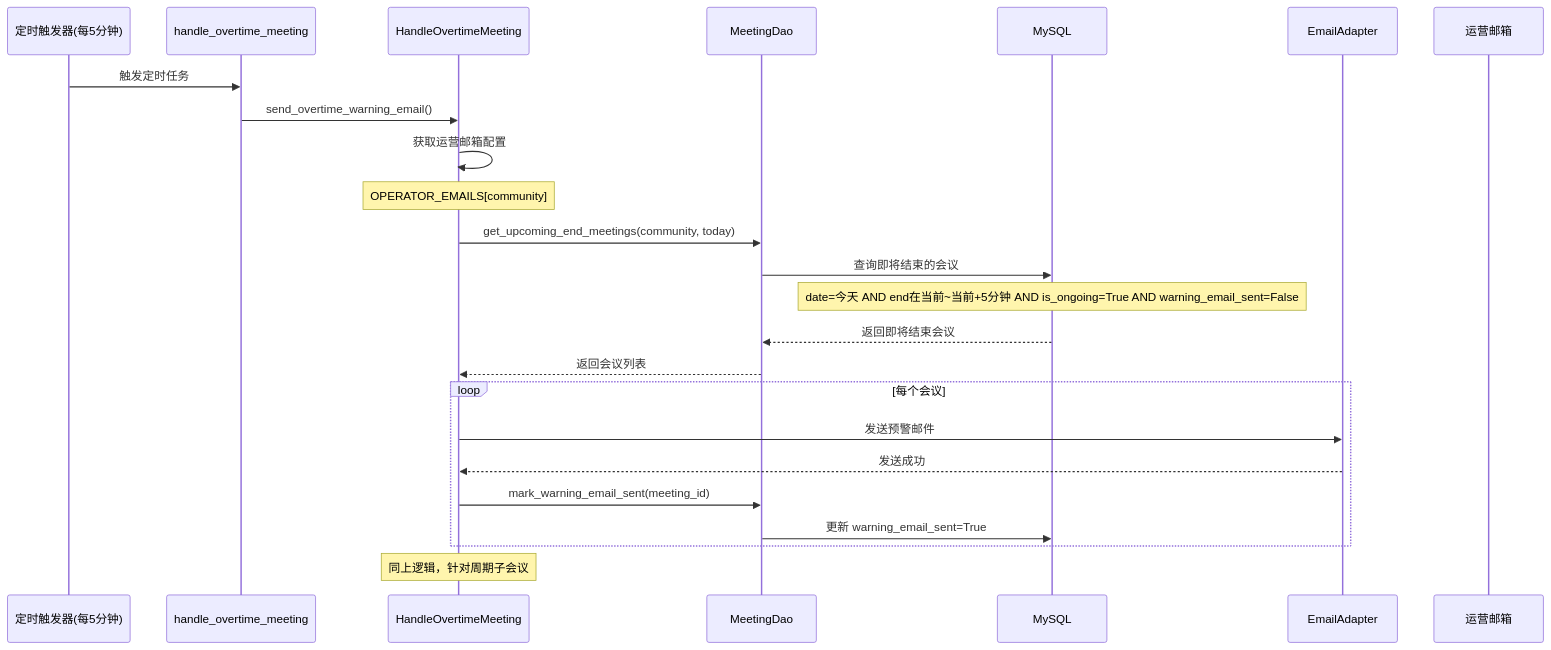
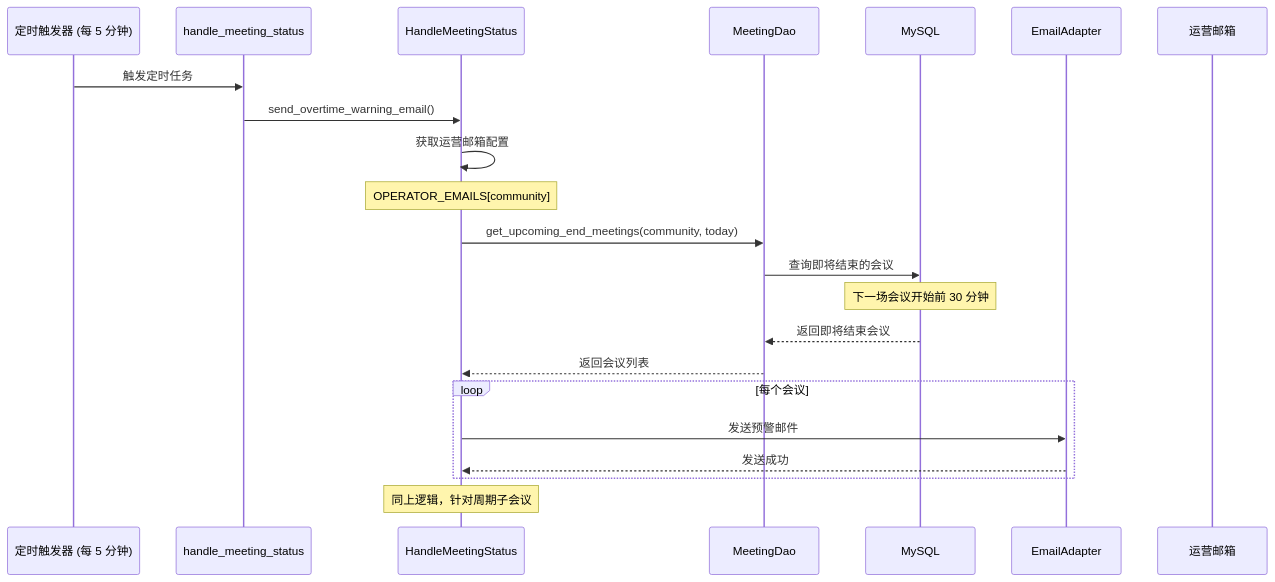
The fourth of 5 diagrams in opensourceways/issue_docs/100/Architecture Design/#100 Architecture Design Specification.md (GeorgeCao-hw/backlog-test), drawn with Mermaid before and after one commit. The commit also changed other lines of this file and 1 other file, not shown here.

````diff
--- a/opensourceways/issue_docs/100/Architecture Design/#100 Architecture Design Specification.md
+++ b/opensourceways/issue_docs/100/Architecture Design/#100 Architecture Design Specification.md
@@ -197,31 +184,29 @@
 ```mermaid
 sequenceDiagram
-    participant Cron as 定时触发器(每5分钟)
-    participant Cmd as handle_overtime_meeting
-    participant Handler as HandleOvertimeMeeting
+    participant Cron as 定时触发器 (每 5 分钟)
+    participant Cmd as handle_meeting_status
+    participant Handler as HandleMeetingStatus
     participant DAO as MeetingDao
     participant DB as MySQL
     participant Email as EmailAdapter
     participant Ops as 运营邮箱
 
     Cron->>Cmd: 触发定时任务
     Cmd->>Handler: send_overtime_warning_email()
 
     Handler->>Handler: 获取运营邮箱配置
     Note over Handler: OPERATOR_EMAILS[community]
 
     Handler->>DAO: get_upcoming_end_meetings(community, today)
     DAO->>DB: 查询即将结束的会议
-    Note over DB: date=今天 AND end在当前~当前+5分钟 AND is_ongoing=True AND warning_email_sent=False
+    Note over DB: 下一场会议开始前 30 分钟
     DB-->>DAO: 返回即将结束会议
     DAO-->>Handler: 返回会议列表
 
     loop 每个会议
         Handler->>Email: 发送预警邮件
         Email-->>Handler: 发送成功
-        Handler->>DAO: mark_warning_email_sent(meeting_id)
-        DAO->>DB: 更新 warning_email_sent=True
     end
 
     Note over Handler: 同上逻辑，针对周期子会议
 ```
````
